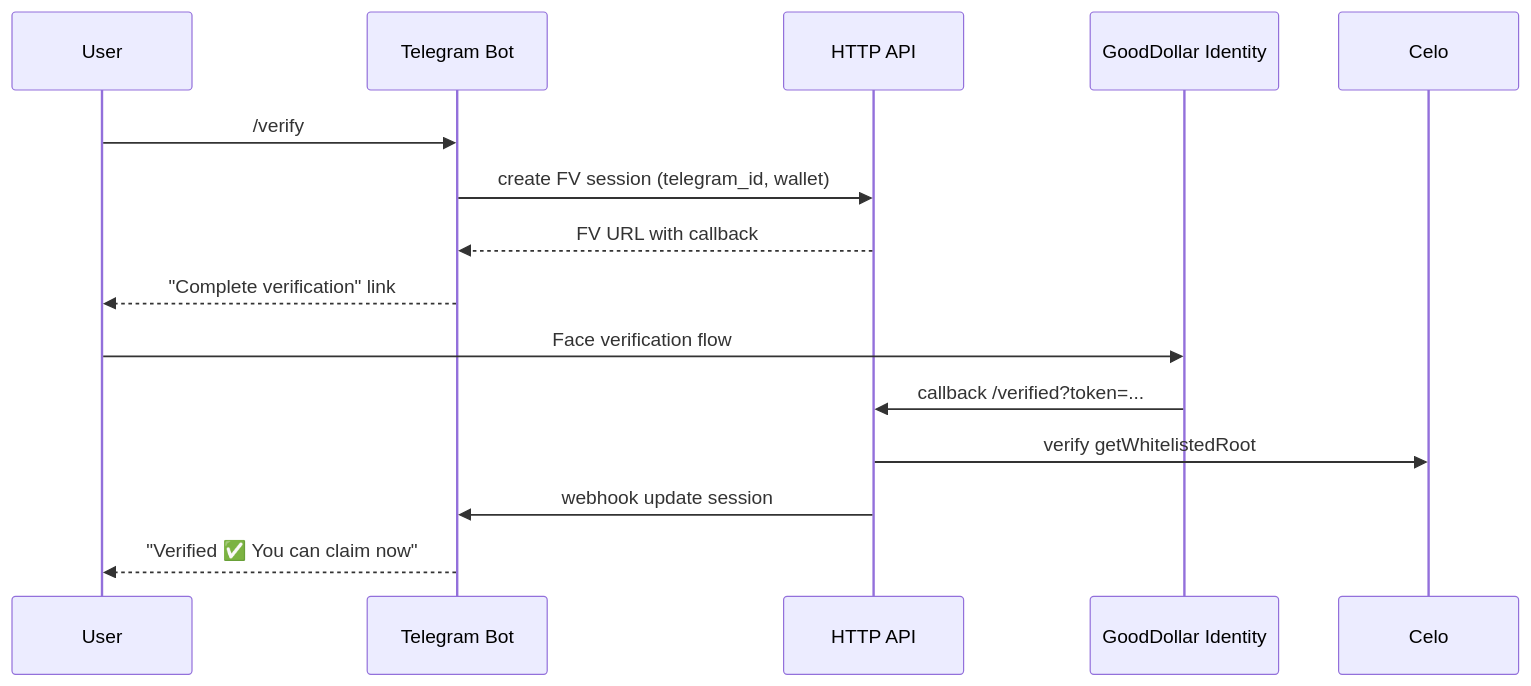
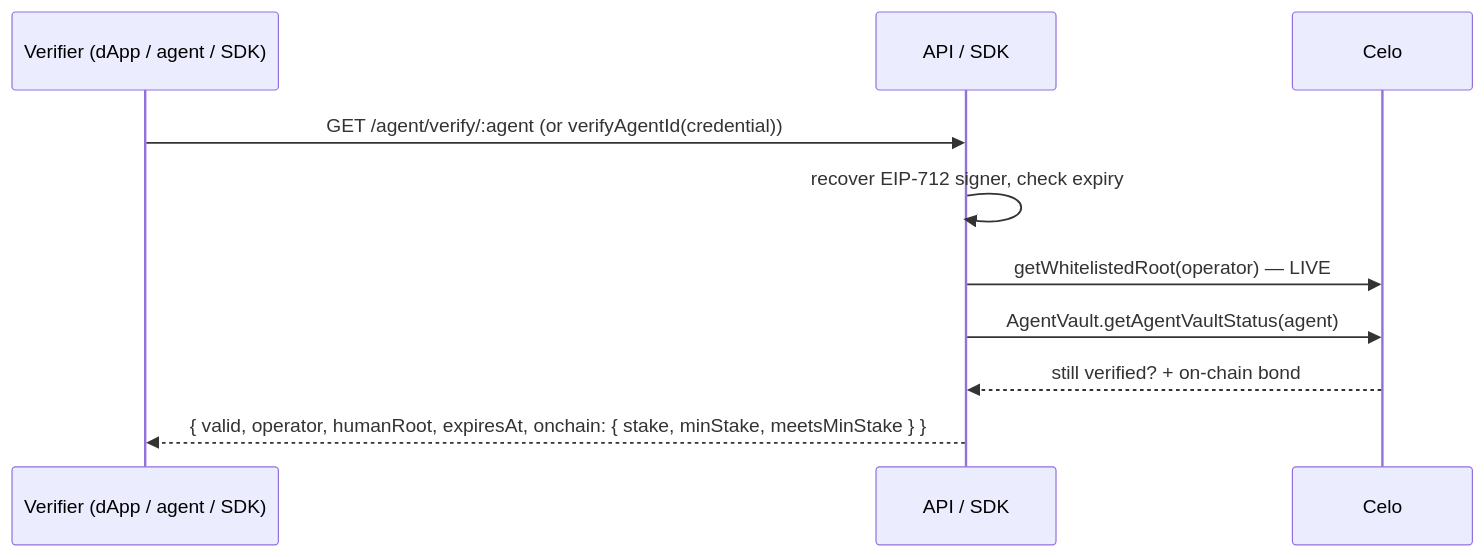
One commit to sam-thetutor/gooddollar-agent-id changed the third of 4 diagrams in docs/02-architecture.md. Above: the diagram before and after it, drawn with Mermaid. The commit also changed other lines of this file and 97 other files, not shown here.

First line of the commit message:
feat: GoodDollar Agent ID — deployed ERC-8004 IHumanProofProvider, required G$ bond, repo hygiene

````diff
--- a/docs/02-architecture.md
+++ b/docs/02-architecture.md
@@ -117,18 +87,13 @@
 ```mermaid
 sequenceDiagram
-    participant U as User
-    participant B as Telegram Bot
-    participant API as HTTP API
-    participant ID as GoodDollar Identity
+    participant V as Verifier (dApp / agent / SDK)
+    participant API as API / SDK
     participant C as Celo
 
-    U->>B: /verify
-    B->>API: create FV session (telegram_id, wallet)
-    API-->>B: FV URL with callback
-    B-->>U: "Complete verification" link
-    U->>ID: Face verification flow
-    ID->>API: callback /verified?token=...
-    API->>C: verify getWhitelistedRoot
-    API->>B: webhook update session
-    B-->>U: "Verified ✅ You can claim now"
+    V->>API: GET /agent/verify/:agent  (or verifyAgentId(credential))
+    API->>API: recover EIP-712 signer, check expiry
+    API->>C: getWhitelistedRoot(operator) — LIVE
+    API->>C: AgentVault.getAgentVaultStatus(agent)
+    C-->>API: still verified? + on-chain bond
+    API-->>V: { valid, operator, humanRoot, expiresAt, onchain: { stake, minStake, meetsMinStake } }
 ```
````
